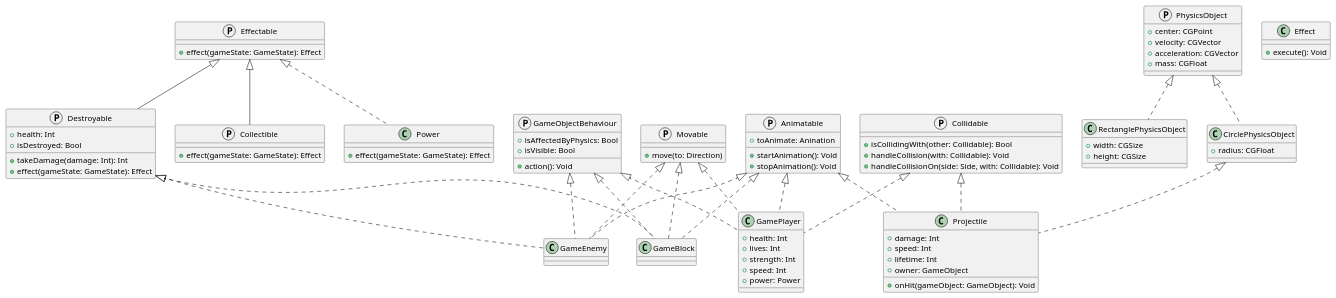
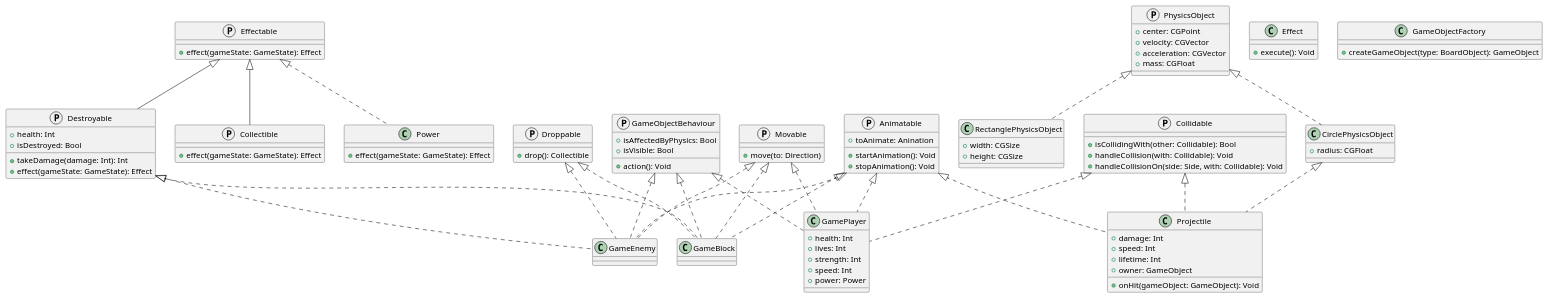
One commit to JCSnap/cs3217-sample-architecture changed the diagram in plantuml/game.puml. Above: the diagram before and after it, drawn with PlantUML. The commit also changed 3 other files, not shown here.

Commit message:
add details to level designer architecture

```diff
--- a/plantuml/game.puml
+++ b/plantuml/game.puml
@@ -1,87 +1,95 @@
 @startuml
 
 protocol Effectable {
     +effect(gameState: GameState): Effect
 }
 
 protocol Animatable {
     +toAnimate: Anination
     +startAnimation(): Void
     +stopAnimation(): Void
 }
 
 protocol Destroyable extends Effectable {
     +health: Int
     +isDestroyed: Bool
     +takeDamage(damage: Int): Int
     +effect(gameState: GameState): Effect
 }
 
 protocol Collidable {
     +isCollidingWith(other: Collidable): Bool
     +handleCollision(with: Collidable): Void
     +handleCollisionOn(side: Side, with: Collidable): Void
 }
 
 protocol Movable {
     +move(to: Direction)
 }
 
+protocol Droppable {
+    +drop(): Collectible
+}
+
 protocol Collectible extends Effectable {
     +effect(gameState: GameState): Effect
 }
 
 protocol GameObjectBehaviour {
     +isAffectedByPhysics: Bool
     +isVisible: Bool
 
     +action(): Void
 }
 
 class Power implements Effectable {
     +effect(gameState: GameState): Effect
 }
 
-class GameEnemy implements Destroyable, GameObjectBehaviour, Movable, Animatable {
+class GameEnemy implements Destroyable, GameObjectBehaviour, Movable, Animatable, Droppable {
 }
 
-class GameBlock implements Destroyable, GameObjectBehaviour, Movable, Animatable {
+class GameBlock implements Destroyable, GameObjectBehaviour, Movable, Animatable, Droppable {
 }
 
 class Effect {
     +execute(): Void
 }
 
 class GamePlayer implements GameObjectBehaviour, Collidable, Movable, Animatable {
     +health: Int
     +lives: Int
     +strength: Int
     +speed: Int
     +power: Power
 }
 
 class Projectile implements CirclePhysicsObject, Collidable, Animatable {
     +damage: Int
     +speed: Int
     +lifetime: Int
     +owner: GameObject
     +onHit(gameObject: GameObject): Void
 }
 
+class GameObjectFactory {
+    +createGameObject(type: BoardObject): GameObject
+}
+
 protocol PhysicsObject {
     +center: CGPoint
     +velocity: CGVector
     +acceleration: CGVector
     +mass: CGFloat
 }
 
 class CirclePhysicsObject implements PhysicsObject {
     +radius: CGFloat
 }
 
 class RectanglePhysicsObject implements PhysicsObject {
     +width: CGSize
     +height: CGSize
 }
 
 @enduml
```
